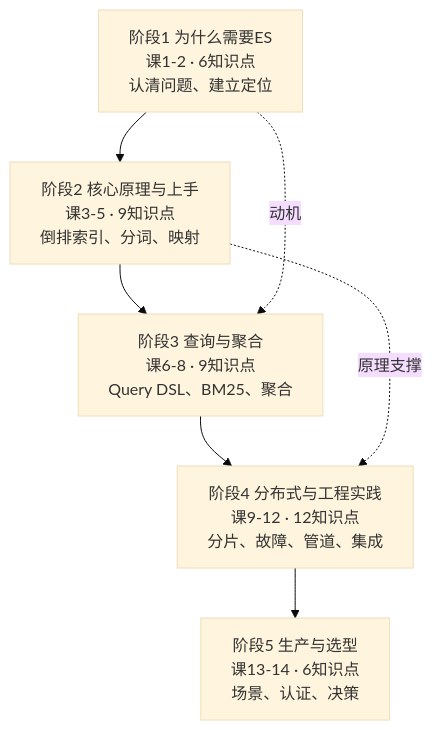
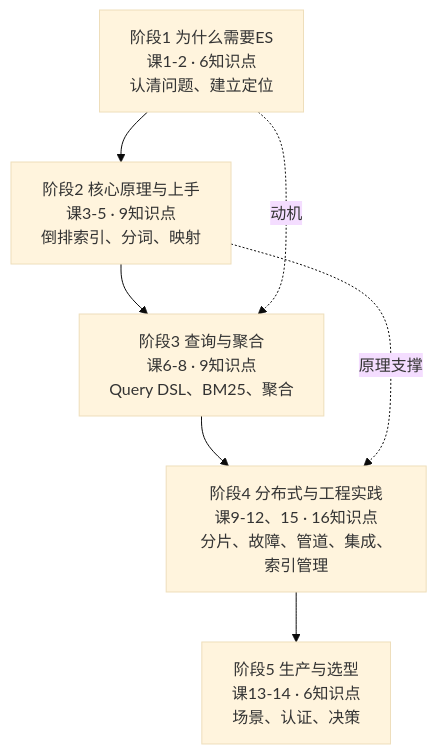
One commit to HACK-WU/learning changed the diagram in elasticsearch/01-学习路径总览.md. Above: the diagram before and after it, drawn with Mermaid (base theme). The commit also changed other lines of this file and 32 other files, not shown here.

````diff
--- a/elasticsearch/01-学习路径总览.md
+++ b/elasticsearch/01-学习路径总览.md
@@ -25,13 +26,13 @@
 ```mermaid
 flowchart TD
     S1["阶段1 为什么需要ES<br/>课1-2 · 6知识点<br/>认清问题、建立定位"]
     S2["阶段2 核心原理与上手<br/>课3-5 · 9知识点<br/>倒排索引、分词、映射"]
     S3["阶段3 查询与聚合<br/>课6-8 · 9知识点<br/>Query DSL、BM25、聚合"]
-    S4["阶段4 分布式与工程实践<br/>课9-12 · 12知识点<br/>分片、故障、管道、集成"]
+    S4["阶段4 分布式与工程实践<br/>课9-12、15 · 16知识点<br/>分片、故障、管道、集成、索引管理"]
     S5["阶段5 生产与选型<br/>课13-14 · 6知识点<br/>场景、认证、决策"]
 
     S1 --> S2 --> S3 --> S4 --> S5
 
     S1 -.->|"动机"| S3
     S2 -.->|"原理支撑"| S4
 ```
````
